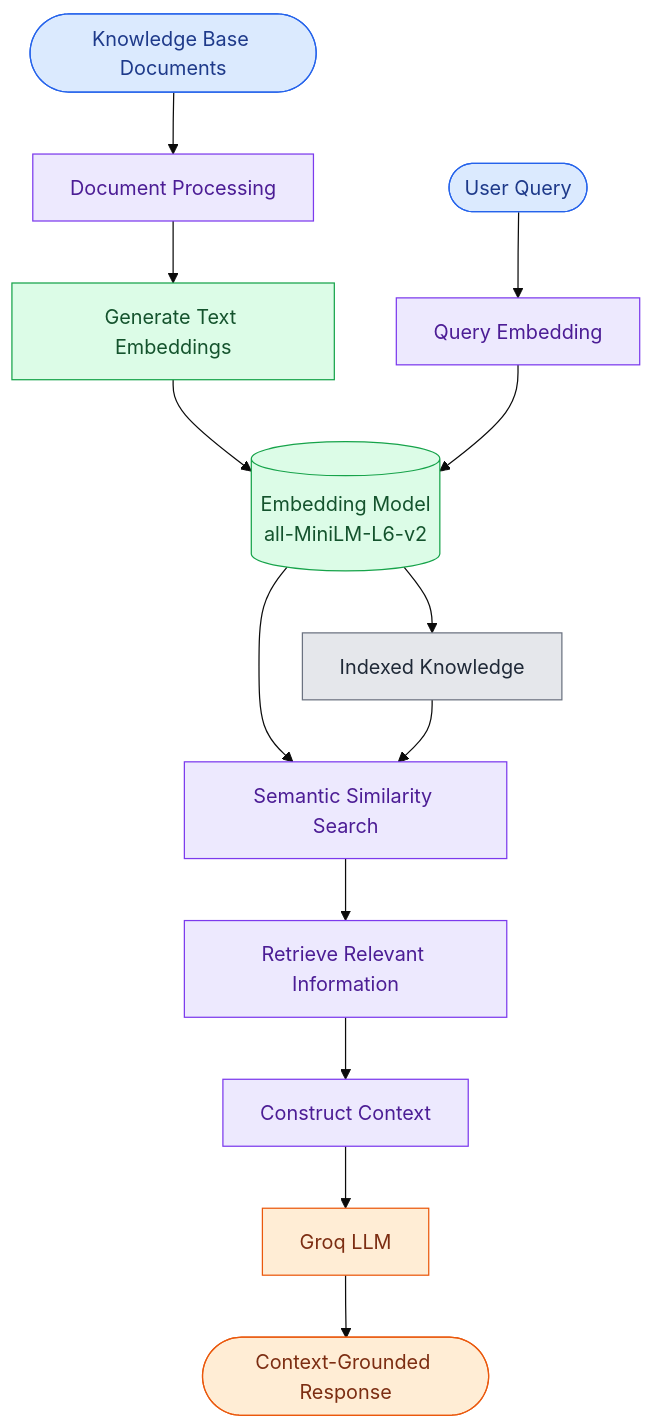
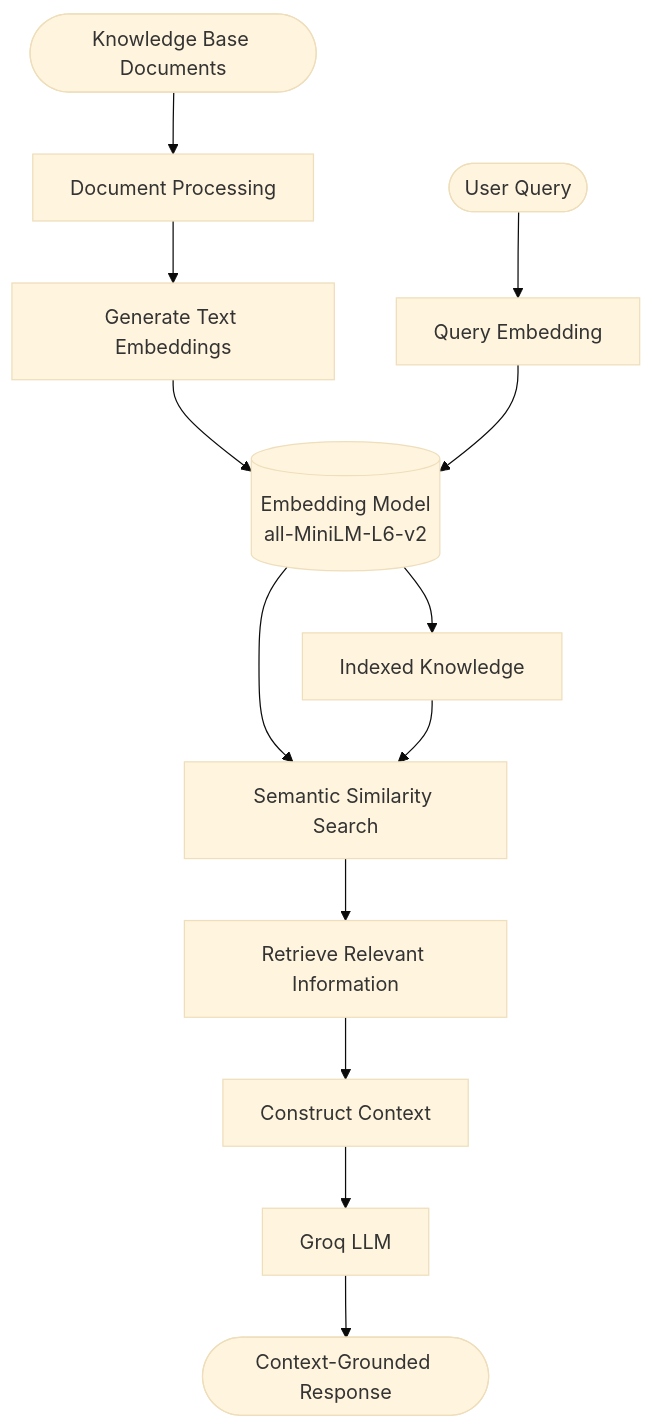
The second of 3 diagrams in README.md (funcoderror/CommerceCopilot), drawn with Mermaid (base theme) before and after one commit. The commit also changed other lines of this file, not shown here.

````diff
--- a/README.md
+++ b/README.md
@@ -96,29 +78,17 @@
 ```mermaid
 flowchart TD
     A(["Knowledge Base Documents"]) --> B["Document Processing"]
     B --> C["Generate Text Embeddings"]
     C --> D[("Embedding Model<br/>all-MiniLM-L6-v2")]
     D --> E["Indexed Knowledge"]
 
     F(["User Query"]) --> G["Query Embedding"]
     G --> D
     D --> H["Semantic Similarity Search"]
     E --> H
 
     H --> I["Retrieve Relevant Information"]
     I --> J["Construct Context"]
     J --> K["Groq LLM"]
     K --> L(["Context-Grounded Response"])
-
-    classDef input fill:#dbeafe,stroke:#2563eb,color:#1e3a8a
-    classDef processing fill:#ede9fe,stroke:#7c3aed,color:#4c1d95
-    classDef embedding fill:#dcfce7,stroke:#16a34a,color:#14532d
-    classDef storage fill:#e5e7eb,stroke:#6b7280,color:#1f2937
-    classDef output fill:#ffedd5,stroke:#ea580c,color:#7c2d12
-
-    class A,F input
-    class B,G,H,I,J processing
-    class C,D embedding
-    class E storage
-    class K,L output
 ```
````
